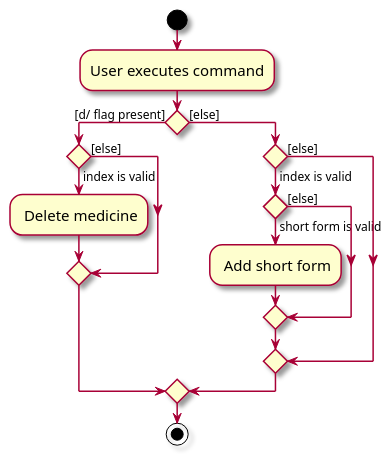
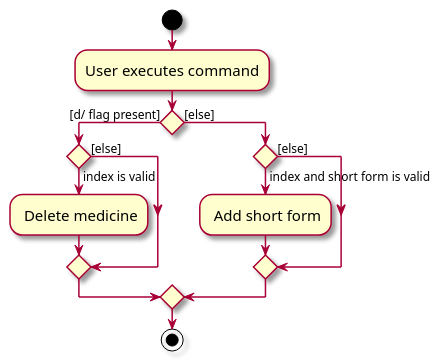
The diagram in docs/diagrams/ShortFormActivityDiagram.puml (timetraveller-123/tp), drawn with PlantUML before and after one commit. The commit also changed 1 other file, not shown here.

Commit message:
Update activity diagram

```diff
--- a/docs/diagrams/ShortFormActivityDiagram.puml
+++ b/docs/diagrams/ShortFormActivityDiagram.puml
@@ -1,26 +1,23 @@
 @startuml
 skin rose
 skinparam ActivityFontSize 15
 skinparam ArrowFontSize 12
 start
 :User executes command;
 
 'Since the beta syntax does not support placing the condition outside the
 'diamond we place it as the true branch instead.
 
 if () then ([d/ flag present])
     if () then (index is valid)
         : Delete medicine;
     else ([else])
     endif
 else ([else])
-    if () then (index is valid)
-            if () then (short form is valid)
-                        : Add short form;
-            else ([else])
-            endif
+    if () then (index and short form is valid)
+    : Add short form;
     else ([else])
     endif
 endif
 stop
 @enduml
```
